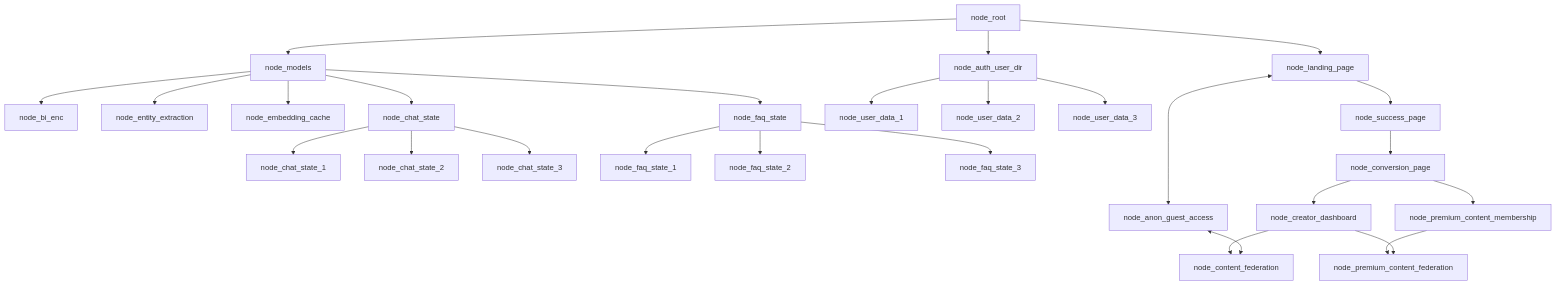
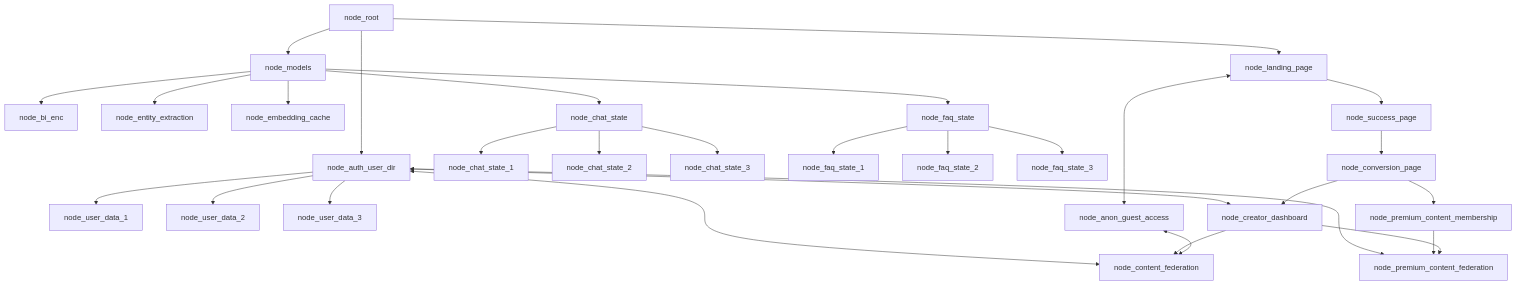
The second of 3 diagrams in README.md (WrappedUsername/apexmite-jac), drawn with Mermaid before and after one commit.

Commit message:
Configuring files - Keefe

````diff
--- a/README.md
+++ b/README.md
@@ -105,29 +105,32 @@
 ```mermaid
 graph TD;
     node_root-->node_landing_page
     node_root-->node_auth_user_dir
     node_root-->node_models
     node_models-->node_bi_enc
     node_models-->node_entity_extraction
     node_models-->node_embedding_cache
     node_models-->node_chat_state
     node_chat_state-->node_chat_state_1
     node_chat_state-->node_chat_state_2
     node_chat_state-->node_chat_state_3
     node_models-->node_faq_state
     node_faq_state-->node_faq_state_1
     node_faq_state-->node_faq_state_2
     node_faq_state-->node_faq_state_3
     node_auth_user_dir-->node_user_data_1
     node_auth_user_dir-->node_user_data_2
     node_auth_user_dir-->node_user_data_3
+    node_auth_user_dir<-->node_creator_dashboard
+    node_auth_user_dir<-->node_content_federation
+    node_auth_user_dir<-->node_premium_content_federation
     node_landing_page-->node_success_page
     node_landing_page<-->node_anon_guest_access
     node_success_page-->node_conversion_page
     node_conversion_page-->node_creator_dashboard
     node_conversion_page-->node_premium_content_membership
     node_premium_content_membership-->node_premium_content_federation
     node_creator_dashboard-->node_content_federation
     node_creator_dashboard-->node_premium_content_federation
     node_anon_guest_access<-->node_content_federation
 ```
````
